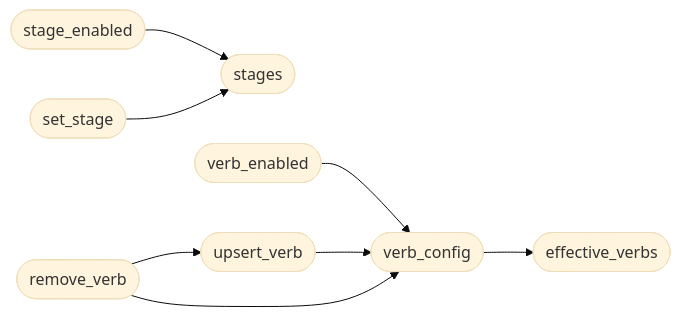
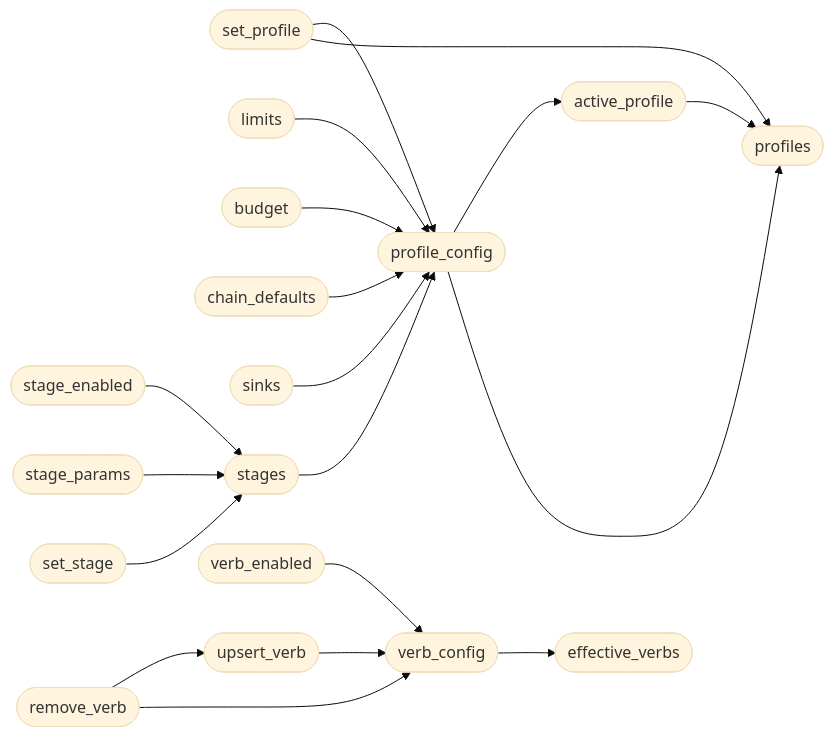
The diagram in readmenator-apidocs/modules/modules.orchestrator_config.py.md (grisuno/LazyOwn), drawn with Mermaid (base theme) before and after one commit. The commit also changed other lines of this file and 764 other files, not shown here.

````diff
--- a/readmenator-apidocs/modules/modules.orchestrator_config.py.md
+++ b/readmenator-apidocs/modules/modules.orchestrator_config.py.md
@@ -34,18 +25,38 @@
 ```mermaid
 flowchart LR
+    n_modules_orchestrator_config_py__active_profile(["active_profile"])
+    n_modules_orchestrator_config_py__profiles(["profiles"])
+    n_modules_orchestrator_config_py__profile_config(["profile_config"])
+    n_modules_orchestrator_config_py__set_profile(["set_profile"])
+    n_modules_orchestrator_config_py__limits(["limits"])
+    n_modules_orchestrator_config_py__budget(["budget"])
+    n_modules_orchestrator_config_py__chain_defaults(["chain_defaults"])
+    n_modules_orchestrator_config_py__sinks(["sinks"])
+    n_modules_orchestrator_config_py__stages(["stages"])
     n_modules_orchestrator_config_py__stage_enabled(["stage_enabled"])
-    n_modules_orchestrator_config_py__stages(["stages"])
+    n_modules_orchestrator_config_py__stage_params(["stage_params"])
     n_modules_orchestrator_config_py__set_stage(["set_stage"])
     n_modules_orchestrator_config_py__verb_config(["verb_config"])
     n_modules_orchestrator_config_py__effective_verbs(["effective_verbs"])
     n_modules_orchestrator_config_py__verb_enabled(["verb_enabled"])
     n_modules_orchestrator_config_py__upsert_verb(["upsert_verb"])
     n_modules_orchestrator_config_py__remove_verb(["remove_verb"])
+    n_modules_orchestrator_config_py__active_profile --> n_modules_orchestrator_config_py__profiles
+    n_modules_orchestrator_config_py__profile_config --> n_modules_orchestrator_config_py__active_profile
+    n_modules_orchestrator_config_py__profile_config --> n_modules_orchestrator_config_py__profiles
+    n_modules_orchestrator_config_py__set_profile --> n_modules_orchestrator_config_py__profile_config
+    n_modules_orchestrator_config_py__set_profile --> n_modules_orchestrator_config_py__profiles
+    n_modules_orchestrator_config_py__limits --> n_modules_orchestrator_config_py__profile_config
+    n_modules_orchestrator_config_py__budget --> n_modules_orchestrator_config_py__profile_config
+    n_modules_orchestrator_config_py__chain_defaults --> n_modules_orchestrator_config_py__profile_config
+    n_modules_orchestrator_config_py__sinks --> n_modules_orchestrator_config_py__profile_config
+    n_modules_orchestrator_config_py__stages --> n_modules_orchestrator_config_py__profile_config
     n_modules_orchestrator_config_py__stage_enabled --> n_modules_orchestrator_config_py__stages
+    n_modules_orchestrator_config_py__stage_params --> n_modules_orchestrator_config_py__stages
     n_modules_orchestrator_config_py__set_stage --> n_modules_orchestrator_config_py__stages
     n_modules_orchestrator_config_py__verb_config --> n_modules_orchestrator_config_py__effective_verbs
     n_modules_orchestrator_config_py__verb_enabled --> n_modules_orchestrator_config_py__verb_config
     n_modules_orchestrator_config_py__upsert_verb --> n_modules_orchestrator_config_py__verb_config
     n_modules_orchestrator_config_py__remove_verb --> n_modules_orchestrator_config_py__upsert_verb
     n_modules_orchestrator_config_py__remove_verb --> n_modules_orchestrator_config_py__verb_config
 ```
````
